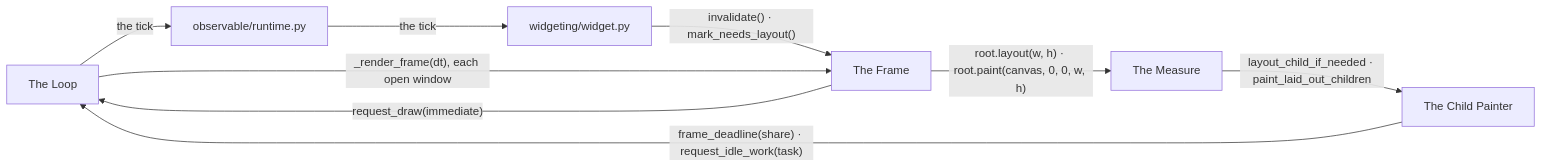
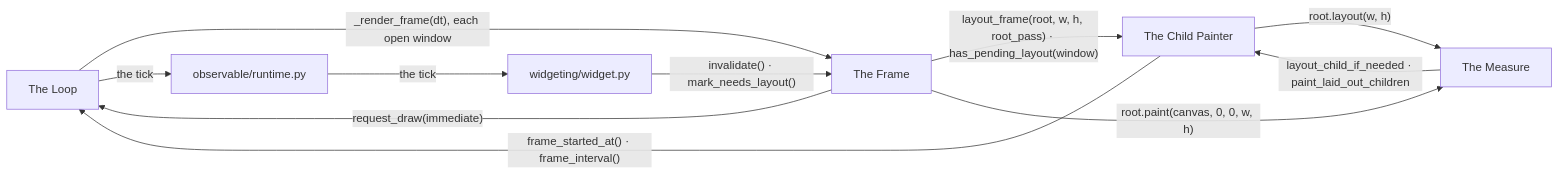
One commit to yuksblog/nuiitivet changed the first of 10 diagrams in docs/design/RENDERING_PIPELINE.md. Above: the diagram before and after it, drawn with Mermaid. The commit also changed other lines of this file and 18 other files, not shown here.

First line of the commit message:
fix(layout): stop a late frame from blanking the window

````diff
--- a/docs/design/RENDERING_PIPELINE.md
+++ b/docs/design/RENDERING_PIPELINE.md
@@ -11,18 +11,20 @@
 ```mermaid
 flowchart LR
     loop[The Loop]
     frame[The Frame]
     measure[The Measure]
     painter[The Child Painter]
     widget[widgeting/widget.py]
     clock[observable/runtime.py]
 
     widget -- "invalidate() · mark_needs_layout()" --> frame
     frame -- "request_draw(immediate)" --> loop
     loop -- "_render_frame(dt), each open window" --> frame
     loop -- "the tick" --> clock
     clock -- "the tick" --> widget
-    frame -- "root.layout(w, h) · root.paint(canvas, 0, 0, w, h)" --> measure
+    frame -- "layout_frame(root, w, h, root_pass) · has_pending_layout(window)" --> painter
+    painter -- "root.layout(w, h)" --> measure
+    frame -- "root.paint(canvas, 0, 0, w, h)" --> measure
     measure -- "layout_child_if_needed · paint_laid_out_children" --> painter
-    painter -- "frame_deadline(share) · request_idle_work(task)" --> loop
+    painter -- "frame_started_at() · frame_interval()" --> loop
 ```
````
